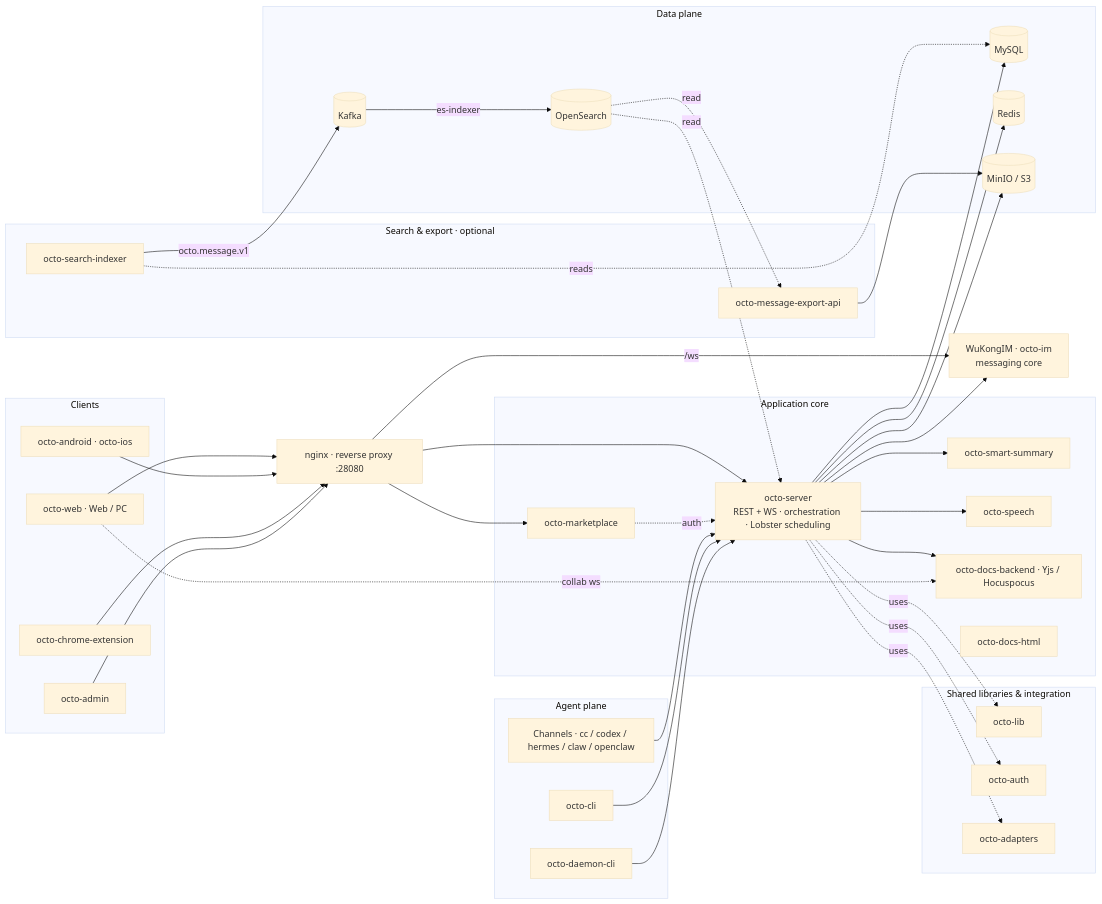
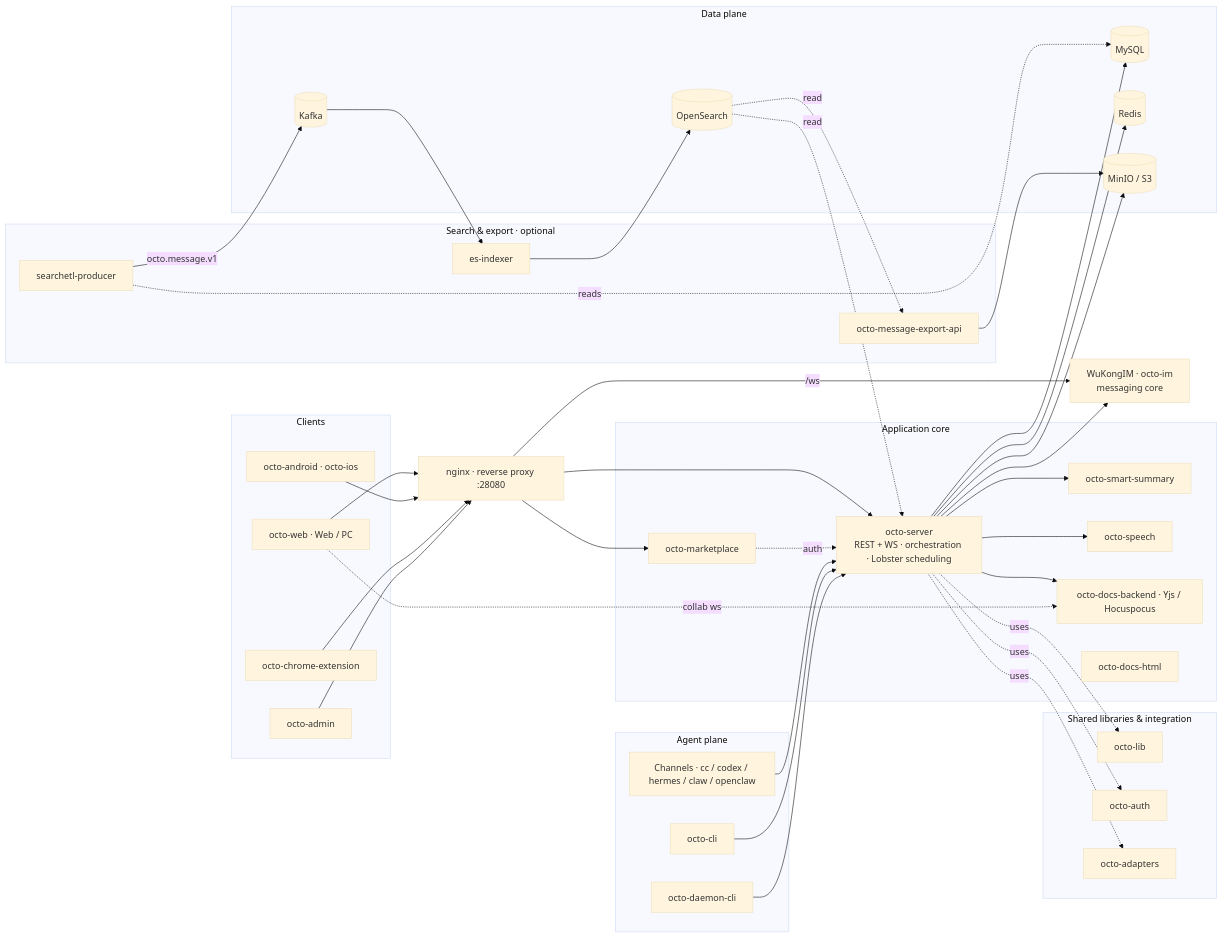
One commit to Mininglamp-OSS/octo-docs changed the diagram in concepts/architecture-overview.mdx. Above: the diagram before and after it, drawn with Mermaid (base theme). The commit also changed other lines of this file and 1 other file, not shown here.

Commit message:
docs: model search pipeline consumer hop accurately
Split octo-search-indexer into its two binaries (searchetl-producer, es-indexer)
so the diagram shows MySQL → producer → Kafka → es-indexer → OpenSearch, not
Kafka writing OpenSearch directly. Addresses code-review B1. EN + zh + prose.

````diff
--- a/concepts/architecture-overview.mdx
+++ b/concepts/architecture-overview.mdx
@@ -17,76 +17,78 @@
 ```mermaid
 graph LR
   subgraph clients["Clients"]
     web["octo-web · Web / PC"]
     mob["octo-android · octo-ios"]
     ext["octo-chrome-extension"]
     adm["octo-admin"]
   end
 
   nginx["nginx · reverse proxy :28080"]
 
   subgraph core["Application core"]
     server["octo-server<br/>REST + WS · orchestration · Lobster scheduling"]
     summary["octo-smart-summary"]
     speech["octo-speech"]
     market["octo-marketplace"]
     dbe["octo-docs-backend · Yjs / Hocuspocus"]
     dhtml["octo-docs-html"]
   end
 
   im["WuKongIM · octo-im<br/>messaging core"]
 
   subgraph agents["Agent plane"]
     chan["Channels · cc / codex / hermes / claw / openclaw"]
     cli["octo-cli"]
     daemon["octo-daemon-cli"]
   end
 
   subgraph pipe["Search & export · optional"]
-    idx["octo-search-indexer"]
+    prod["searchetl-producer"]
+    esi["es-indexer"]
     exp["octo-message-export-api"]
   end
 
   subgraph data["Data plane"]
     my[("MySQL")]
     rd[("Redis")]
     obj[("MinIO / S3")]
     kf[("Kafka")]
     osx[("OpenSearch")]
   end
 
   subgraph shared["Shared libraries & integration"]
     lib["octo-lib"]
     auth["octo-auth"]
     adp["octo-adapters"]
   end
 
   web --> nginx
   mob --> nginx
   ext --> nginx
   adm --> nginx
   nginx --> server
   nginx --> market
   nginx -->|/ws| im
   server --> im
   server --> summary
   server --> speech
   server --> dbe
   market -. auth .-> server
   web -. collab ws .-> dbe
   server --> my
   server --> rd
   server --> obj
   chan --> server
   cli --> server
   daemon --> server
-  idx -. reads .-> my
-  idx -->|octo.message.v1| kf
-  kf -->|es-indexer| osx
+  prod -. reads .-> my
+  prod -->|octo.message.v1| kf
+  kf --> esi
+  esi --> osx
   osx -. read .-> server
   osx -. read .-> exp
   exp --> obj
   server -. uses .-> lib
   server -. uses .-> auth
   server -. uses .-> adp
 ```
````
